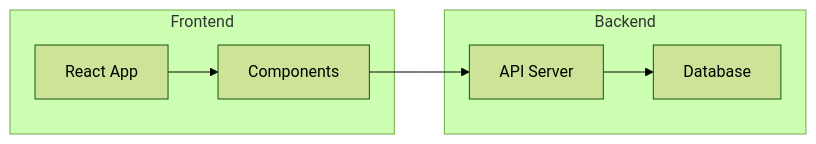
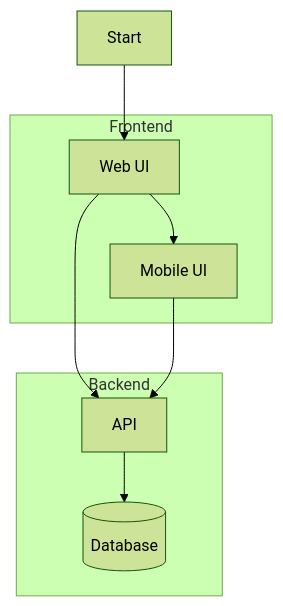
One commit to NaiadDiagrams/Naiad changed the seventh of 8 diagrams in src/test-renders/Flowchart.md. Above: the diagram before and after it, drawn with Mermaid (forest theme). The commit also changed other lines of this file and 45 other files, not shown here.

````diff
--- a/src/test-renders/Flowchart.md
+++ b/src/test-renders/Flowchart.md
@@ -192,10 +170,15 @@
 ```mermaid
-flowchart LR
-    subgraph Frontend
-        A[React App] --> B[Components]
+flowchart TB
+    Start[Start] --> A
+
+    subgraph frontend [Frontend]
+        A[Web UI] --> B[Mobile UI]
     end
-    subgraph Backend
-        C[API Server] --> D[Database]
+
+    subgraph backend [Backend]
+        C[API] --> D[(Database)]
     end
+
+    A --> C
     B --> C
 ```
````
